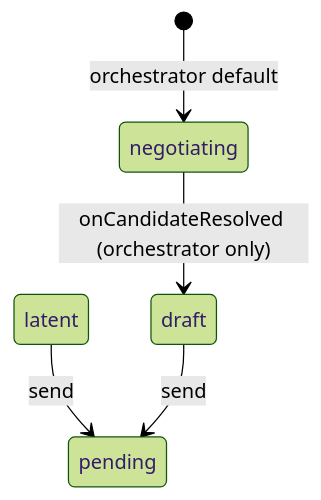
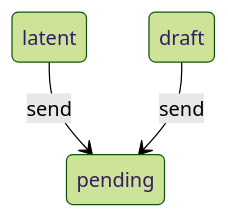
Before and after one commit to indexnetwork/index: the third of 8 diagrams in docs/design/opportunity-status-lifecycle.md, drawn with Mermaid (forest theme). The commit also changed other lines of this file and 7 other files, not shown here.

````diff
--- a/docs/design/opportunity-status-lifecycle.md
+++ b/docs/design/opportunity-status-lifecycle.md
@@ -139,7 +138,5 @@
 ```mermaid
 stateDiagram-v2
-    [*] --> negotiating: orchestrator default
-    negotiating --> draft: onCandidateResolved (orchestrator only)
     latent --> pending: send
     draft --> pending: send
 ```
````
